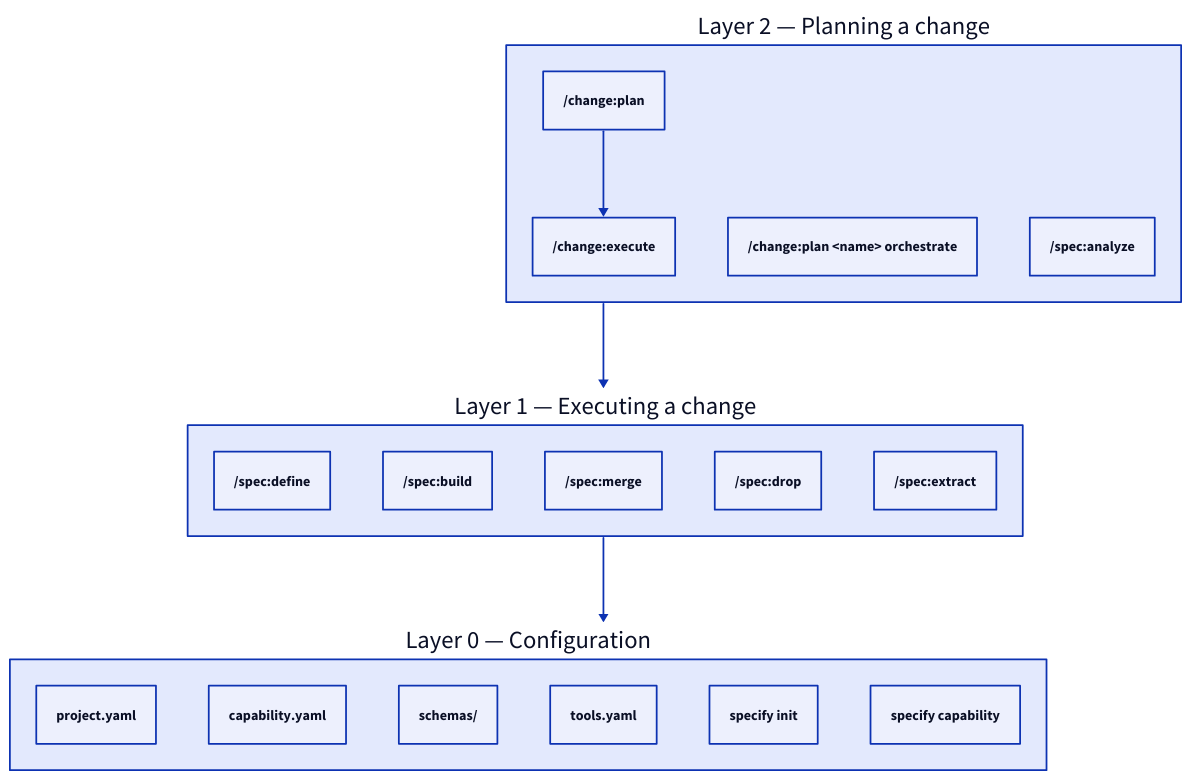
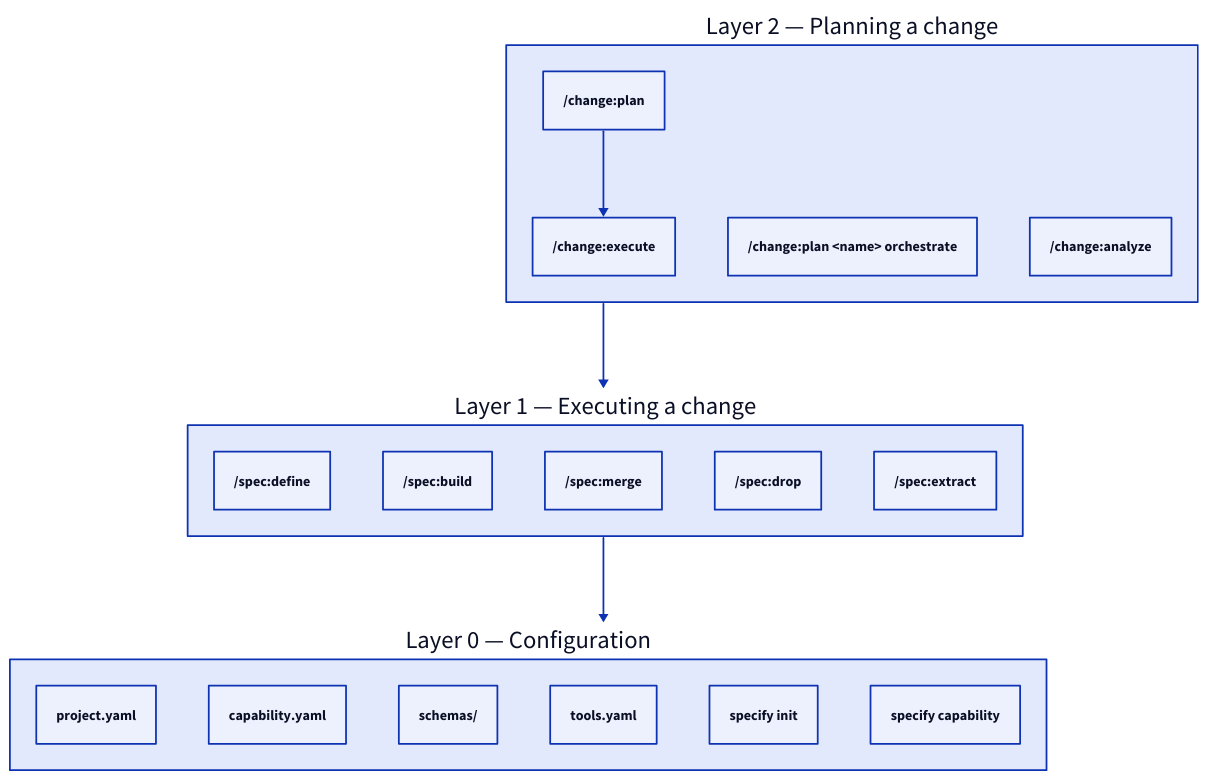
Before and after one commit to augentic/anvil: the diagram in docs/explanation/layered-stack.md, drawn with D2. The commit also changed other lines of this file and 77 other files, not shown here.

````diff
--- a/docs/explanation/layered-stack.md
+++ b/docs/explanation/layered-stack.md
@@ -5,31 +5,31 @@
 ```d2
 direction: down
 
 Layer2: "Layer 2 — Planning a change" {
   plan: "/change:plan"
   execute: "/change:execute"
   orchestrate: "/change:plan <name> orchestrate"
-  analyze: "/spec:analyze"
+  analyze: "/change:analyze"
   plan -> execute
 }
 
 Layer1: "Layer 1 — Executing a change" {
   define: "/spec:define"
   build: "/spec:build"
   mergeSkill: "/spec:merge"
   drop: "/spec:drop"
   extract: "/spec:extract"
 }
 
 Layer0: "Layer 0 — Configuration" {
   projectYaml: "project.yaml"
   capabilityYaml: "capability.yaml"
   schemas: "schemas/"
   toolsYaml: "tools.yaml"
   initVerb: "specify init"
   capabilityVerb: "specify capability"
 }
 
 Layer2 -> Layer1
 Layer1 -> Layer0
 ```
````
